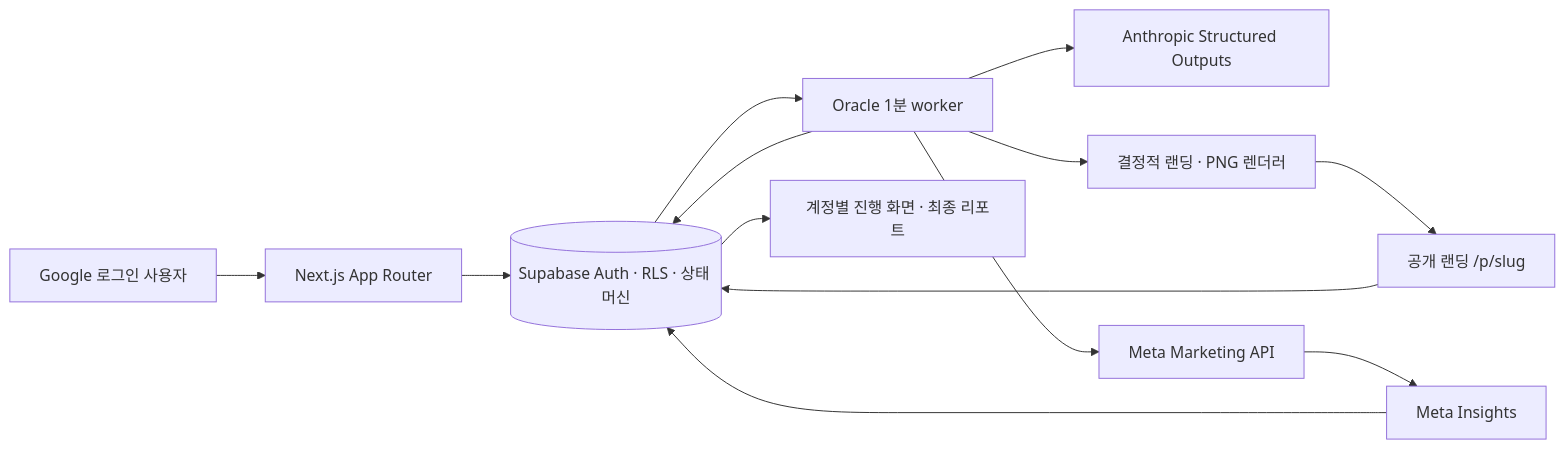
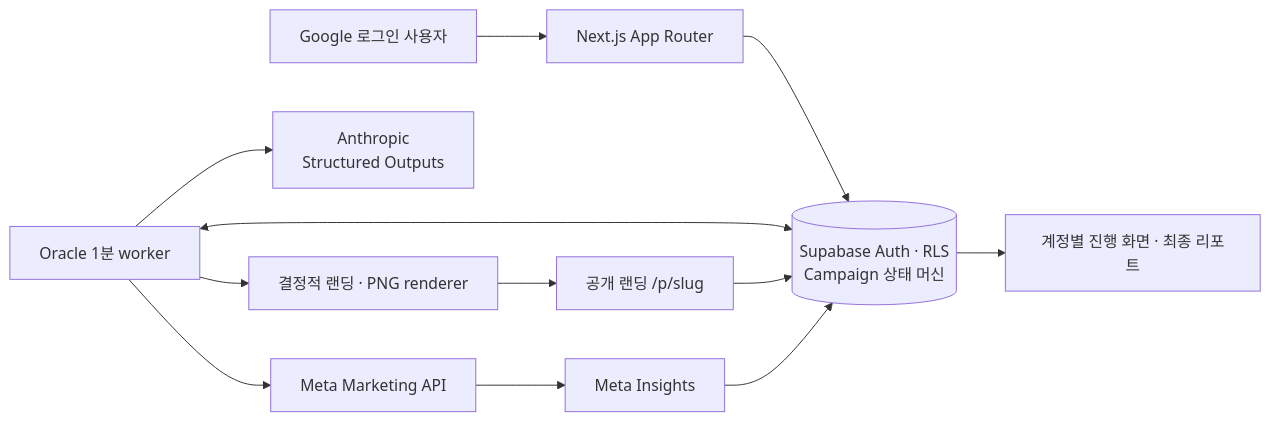
The diagram in README.md (unithon26/marketvalley), drawn with Mermaid before and after one commit. The commit also changed other lines of this file and 1 other file, not shown here.

````diff
--- a/README.md
+++ b/README.md
@@ -48,15 +85,14 @@
 ```mermaid
 flowchart LR
     U[Google 로그인 사용자] --> N[Next.js App Router]
-    N --> S[(Supabase Auth · RLS · 상태 머신)]
-    W[Oracle 1분 worker] --> S
-    S --> W
-    W --> A[Anthropic Structured Outputs]
-    W --> R[결정적 랜딩 · PNG 렌더러]
+    N --> S[(Supabase Auth · RLS<br/>Campaign 상태 머신)]
+    W[Oracle 1분 worker] <--> S
+    W --> A[Anthropic<br/>Structured Outputs]
+    W --> R[결정적 랜딩 · PNG renderer]
     W --> M[Meta Marketing API]
     R --> P[공개 랜딩 /p/slug]
     P --> S
     M --> I[Meta Insights]
     I --> S
     S --> F[계정별 진행 화면 · 최종 리포트]
 ```
````
